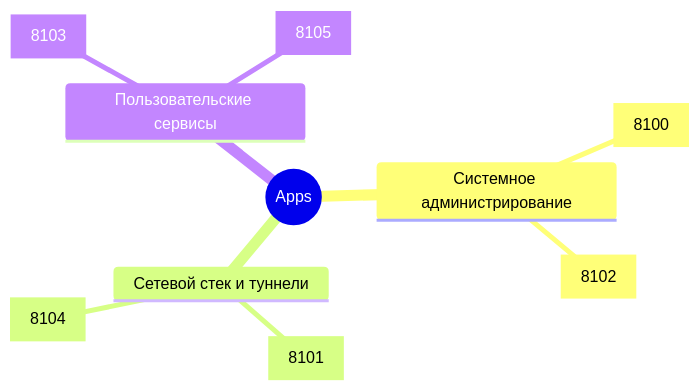
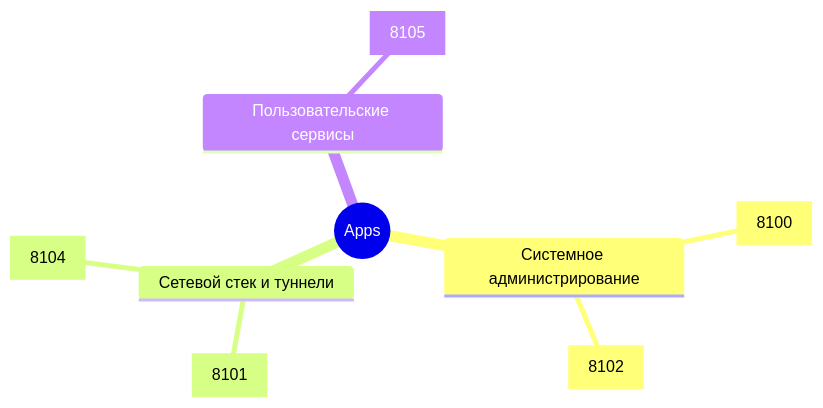
One commit to hypo69/AI-TC changed the diagram in docs/ru/apps/catalog.md. Above: the diagram before and after it, drawn with Mermaid. The commit also changed other lines of this file and 1672 other files, not shown here.

````diff
--- a/docs/ru/apps/catalog.md
+++ b/docs/ru/apps/catalog.md
@@ -9,13 +9,12 @@
 ```mermaid
 mindmap
   root((Apps))
     Системное администрирование
       windows_sysadmin [8100]
       system_inspector [8102]
     Сетевой стек и туннели
       network_terminal [8101]
       cloudflared_monitor [8104]
     Пользовательские сервисы
-      trading_terminal [8103]
       user_assistant [8105]
 ```
````
